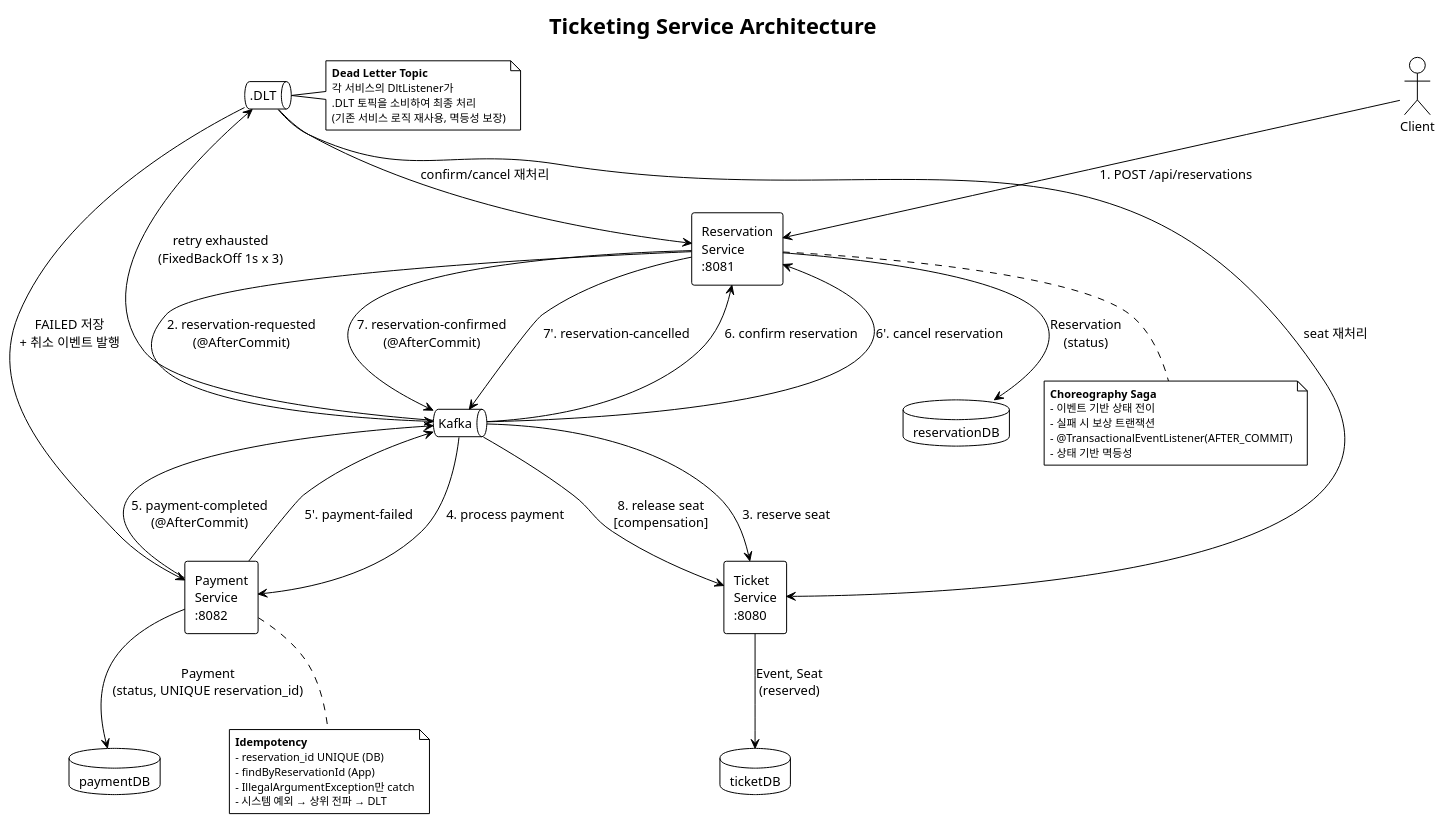
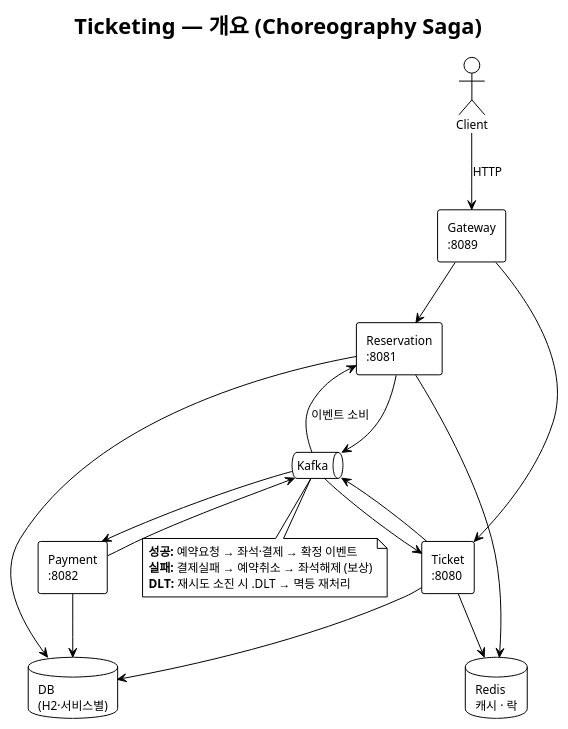
The diagram in docs/architecture.puml (deukyunlee/ticketing-service), drawn with PlantUML before and after one commit. The commit also changed 1 other file, not shown here.

```diff
--- a/docs/architecture.puml
+++ b/docs/architecture.puml
@@ -1,72 +1,43 @@
 @startuml ticketing-architecture
 !theme plain
 skinparam shadowing false
 skinparam componentStyle rectangle
-skinparam defaultFontSize 13
-skinparam noteFontSize 11
+skinparam defaultFontSize 12
 
-title Ticketing Service Architecture
+title Ticketing — 개요 (Choreography Saga)
 
 actor Client
 
-component "Reservation\nService\n:8081" as R
-component "Ticket\nService\n:8080" as T
-component "Payment\nService\n:8082" as P
+component "Gateway\n:8089" as GW
+component "Reservation\n:8081" as R
+component "Ticket\n:8080" as T
+component "Payment\n:8082" as P
 
 queue "Kafka" as K
-queue ".DLT" as DLT
+database "Redis\n캐시 · 락" as Redis
+database "DB\n(H2·서비스별)" as DB
 
-database "reservationDB" as RDB
-database "ticketDB" as TDB
-database "paymentDB" as PDB
+Client --> GW : HTTP
+GW --> R
+GW --> T
 
-' --- DB connections ---
-R --> RDB : Reservation\n(status)
-T --> TDB : Event, Seat\n(reserved)
-P --> PDB : Payment\n(status, UNIQUE reservation_id)
+R --> K
+T --> K
+P --> K
+K --> R : 이벤트 소비
+K --> T
+K --> P
 
-' --- Main flow (Success) ---
-Client --> R : 1. POST /api/reservations
-R --> K : 2. reservation-requested\n(@AfterCommit)
-K --> T : 3. reserve seat
-K --> P : 4. process payment
-P --> K : 5. payment-completed\n(@AfterCommit)
-K --> R : 6. confirm reservation
-R --> K : 7. reservation-confirmed\n(@AfterCommit)
+R --> Redis
+T --> Redis
+R --> DB
+T --> DB
+P --> DB
 
-' --- Compensation (Payment Failure) ---
-P --> K : 5'. payment-failed
-K --> R : 6'. cancel reservation
-R --> K : 7'. reservation-cancelled
-K --> T : 8. release seat\n[compensation]
-
-' --- DLT ---
-K --> DLT : retry exhausted\n(FixedBackOff 1s x 3)
-DLT --> T : seat 재처리
-DLT --> P : FAILED 저장\n+ 취소 이벤트 발행
-DLT --> R : confirm/cancel 재처리
-
-note right of DLT
-  <b>Dead Letter Topic</b>
-  각 서비스의 DltListener가
-  .DLT 토픽을 소비하여 최종 처리
-  (기존 서비스 로직 재사용, 멱등성 보장)
-end note
-
-note bottom of R
-  <b>Choreography Saga</b>
-  - 이벤트 기반 상태 전이
-  - 실패 시 보상 트랜잭션
-  - @TransactionalEventListener(AFTER_COMMIT)
-  - 상태 기반 멱등성
-end note
-
-note bottom of P
-  <b>Idempotency</b>
-  - reservation_id UNIQUE (DB)
-  - findByReservationId (App)
-  - IllegalArgumentException만 catch
-  - 시스템 예외 → 상위 전파 → DLT
+note bottom of K
+  **성공:** 예약요청 → 좌석·결제 → 확정 이벤트
+  **실패:** 결제실패 → 예약취소 → 좌석해제 (보상)
+  **DLT:** 재시도 소진 시 .DLT → 멱등 재처리
 end note
 
 @enduml
```
